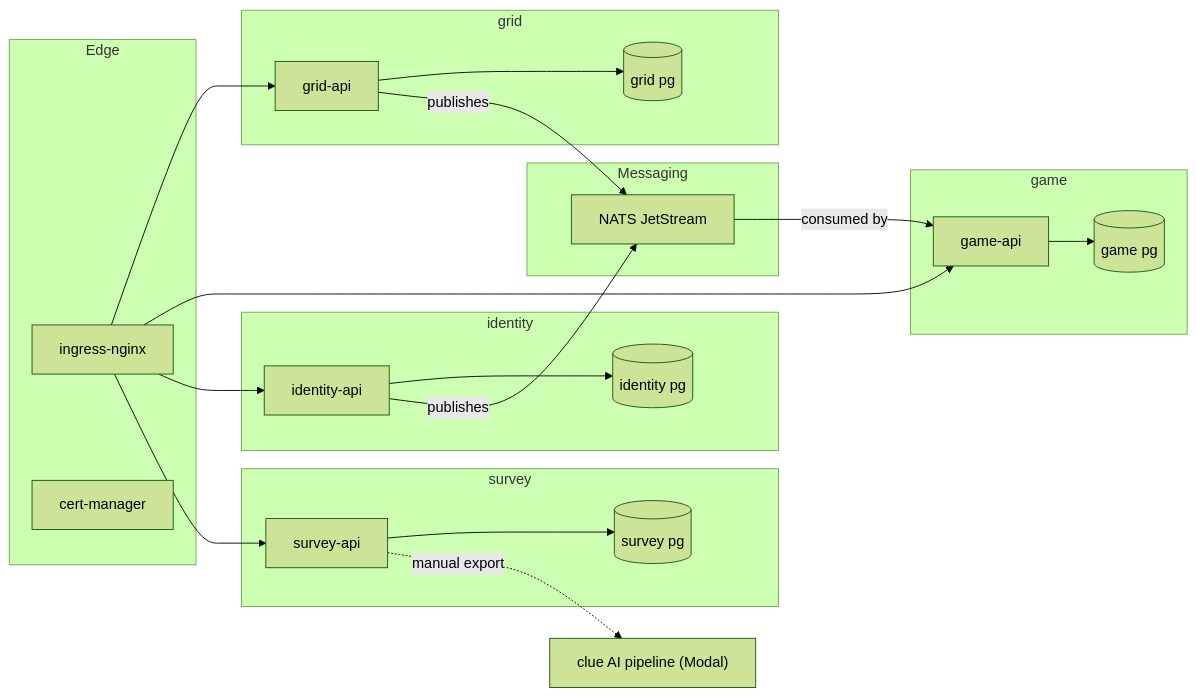
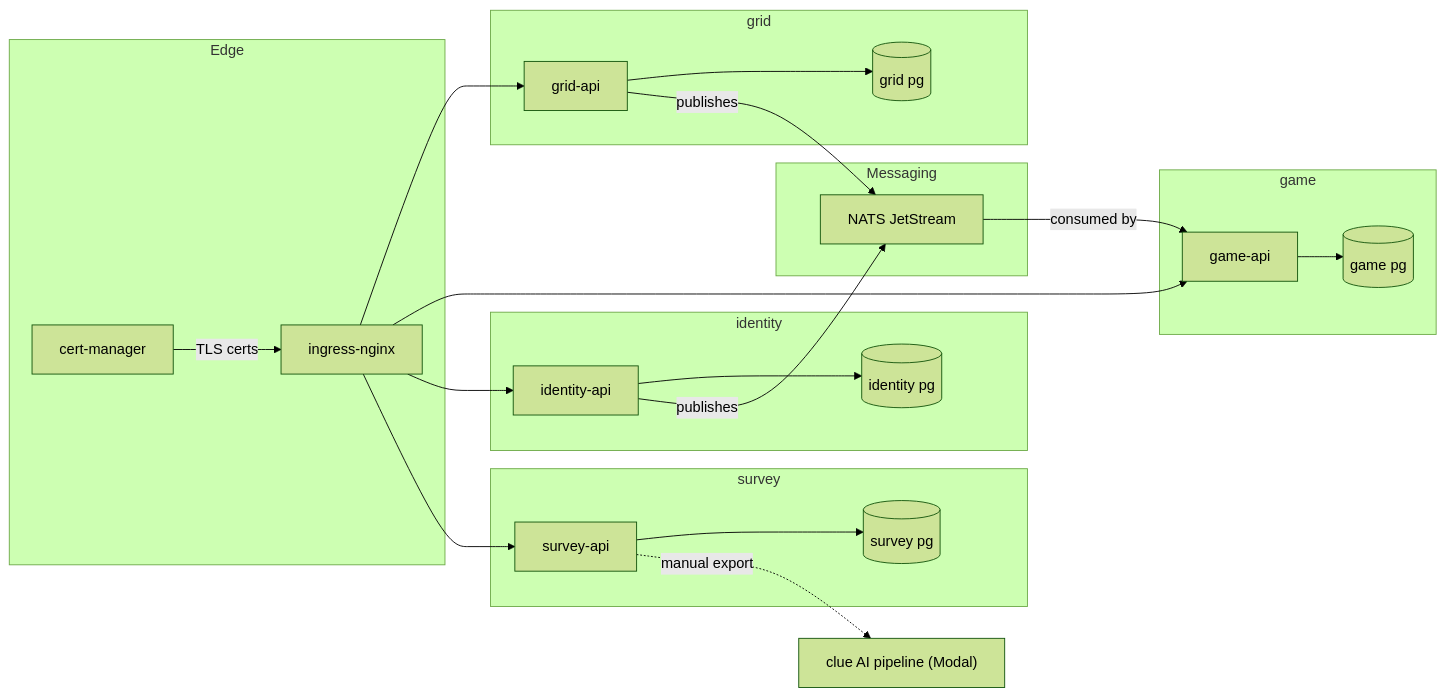
Before and after one commit to Ishou/wordsparrow: the first of 5 diagrams in README.md, drawn with Mermaid (forest theme). The commit also changed other lines of this file and 5 other files, not shown here.

First line of the commit message:
fix(infra-diagrams): close coherence gaps and harden diagram rendering

````diff
--- a/README.md
+++ b/README.md
@@ -60,39 +60,40 @@
 ```mermaid
 flowchart LR
   subgraph Edge
     ingress["ingress-nginx"]
     certmanager["cert-manager"]
   end
   subgraph Messaging
     nats["NATS JetStream"]
   end
   subgraph ctx_grid["grid"]
     grid["grid-api"]
     gridDB[("grid pg")]
     grid --> gridDB
   end
   subgraph ctx_game["game"]
     game["game-api"]
     gameDB[("game pg")]
     game --> gameDB
   end
   subgraph ctx_identity["identity"]
     identity["identity-api"]
     identityDB[("identity pg")]
     identity --> identityDB
   end
   subgraph ctx_survey["survey"]
     survey["survey-api"]
     surveyDB[("survey pg")]
     survey --> surveyDB
   end
   cluepipeline["clue AI pipeline (Modal)"]
+  certmanager -->|TLS certs| ingress
   ingress --> grid
   ingress --> game
   ingress --> identity
   ingress --> survey
   grid -->|publishes| nats
   identity -->|publishes| nats
   nats -->|consumed by| game
   survey -. manual export .-> cluepipeline
 ```
````
